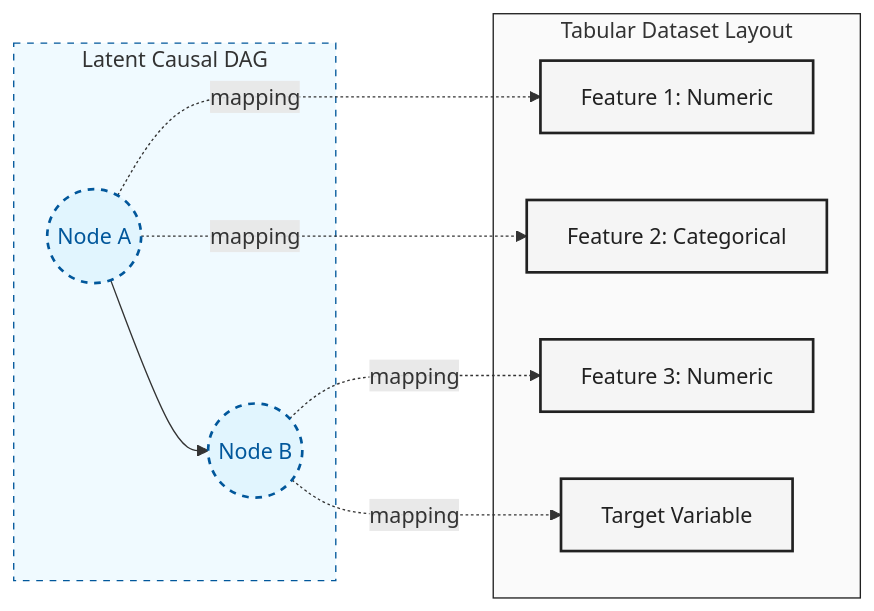
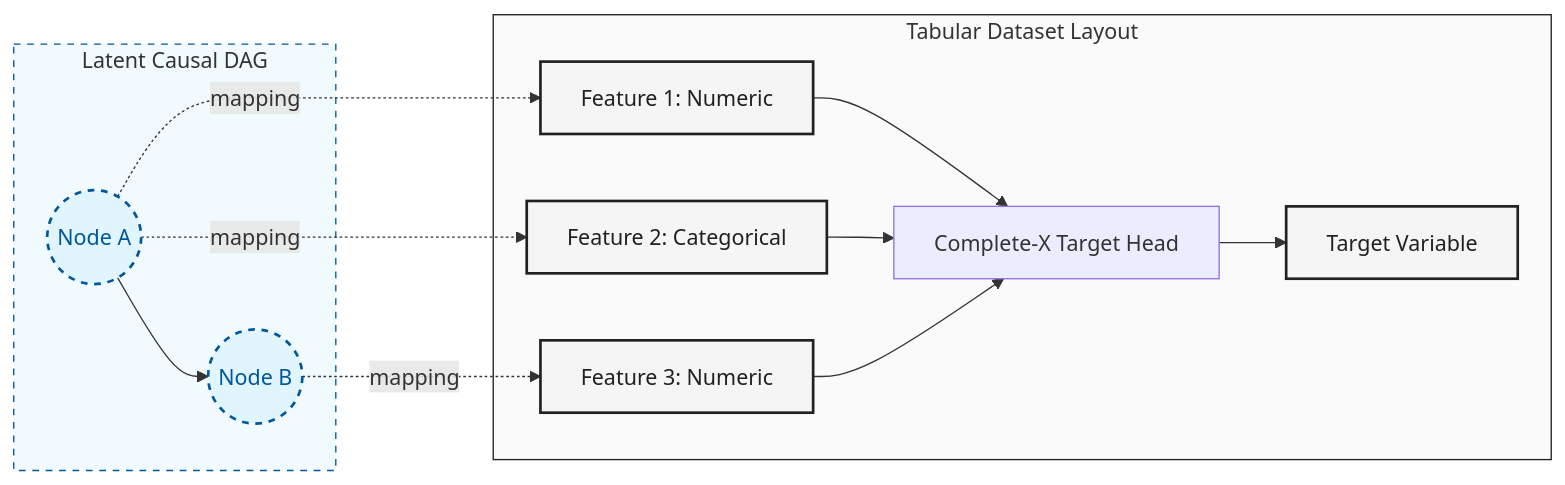
The second of 2 diagrams in README.md (bensonlee5/cauchy-generator), drawn with Mermaid before and after one commit. The commit also changed other lines of this file and 30 other files, not shown here.

````diff
--- a/README.md
+++ b/README.md
@@ -33,27 +43,31 @@
 ```mermaid
 flowchart LR
     classDef latent fill:#e1f5fe,stroke:#01579b,stroke-width:2px,color:#01579b,stroke-dasharray: 5 5
     classDef observable fill:#f5f5f5,stroke:#212121,stroke-width:2px,color:#212121
 
     subgraph LatentSpace [Latent Causal DAG]
         NodeA((Node A)) --> NodeB((Node B))
     end
 
     subgraph ObservableSpace [Tabular Dataset Layout]
         Feat1[Feature 1: Numeric]
         Feat2[Feature 2: Categorical]
         Feat3[Feature 3: Numeric]
+        Head[Complete-X Target Head]
         Target[Target Variable]
     end
 
     NodeA -. mapping .-> Feat1
     NodeA -. mapping .-> Feat2
     NodeB -. mapping .-> Feat3
-    NodeB -. mapping .-> Target
+    Feat1 --> Head
+    Feat2 --> Head
+    Feat3 --> Head
+    Head --> Target
 
     class NodeA,NodeB latent
     class Feat1,Feat2,Feat3,Target observable
 
     style LatentSpace fill:#f0faff,stroke:#01579b,stroke-dasharray: 5 5
     style ObservableSpace fill:#fafafa,stroke:#212121
 ```
````
